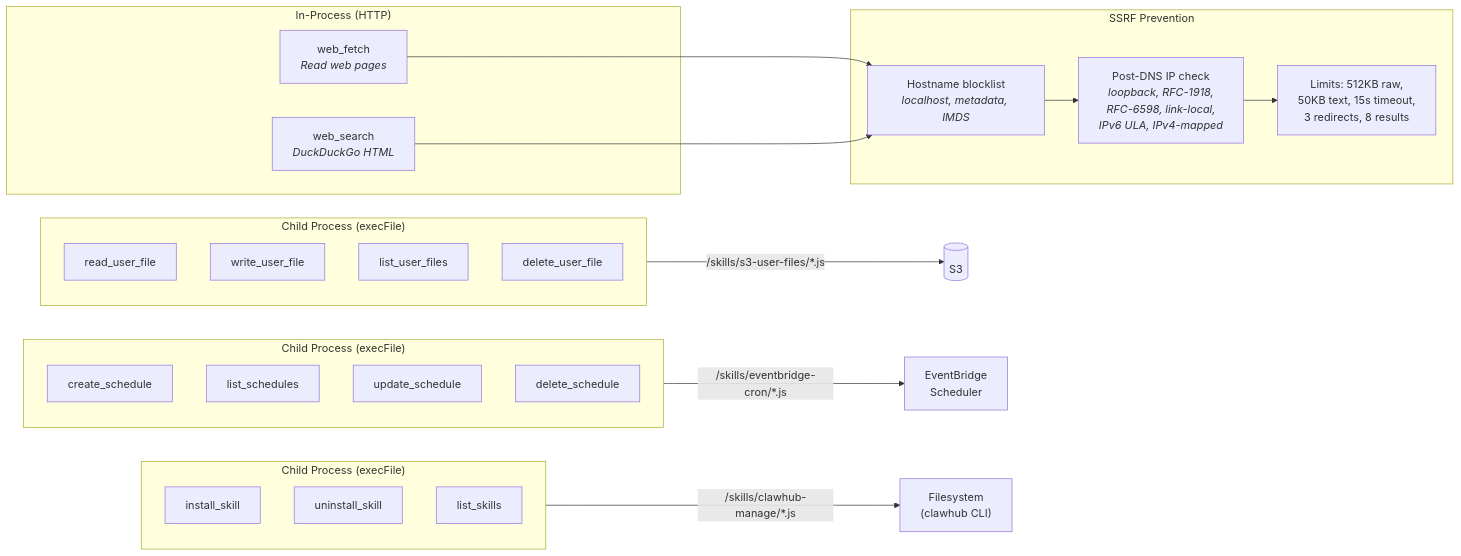
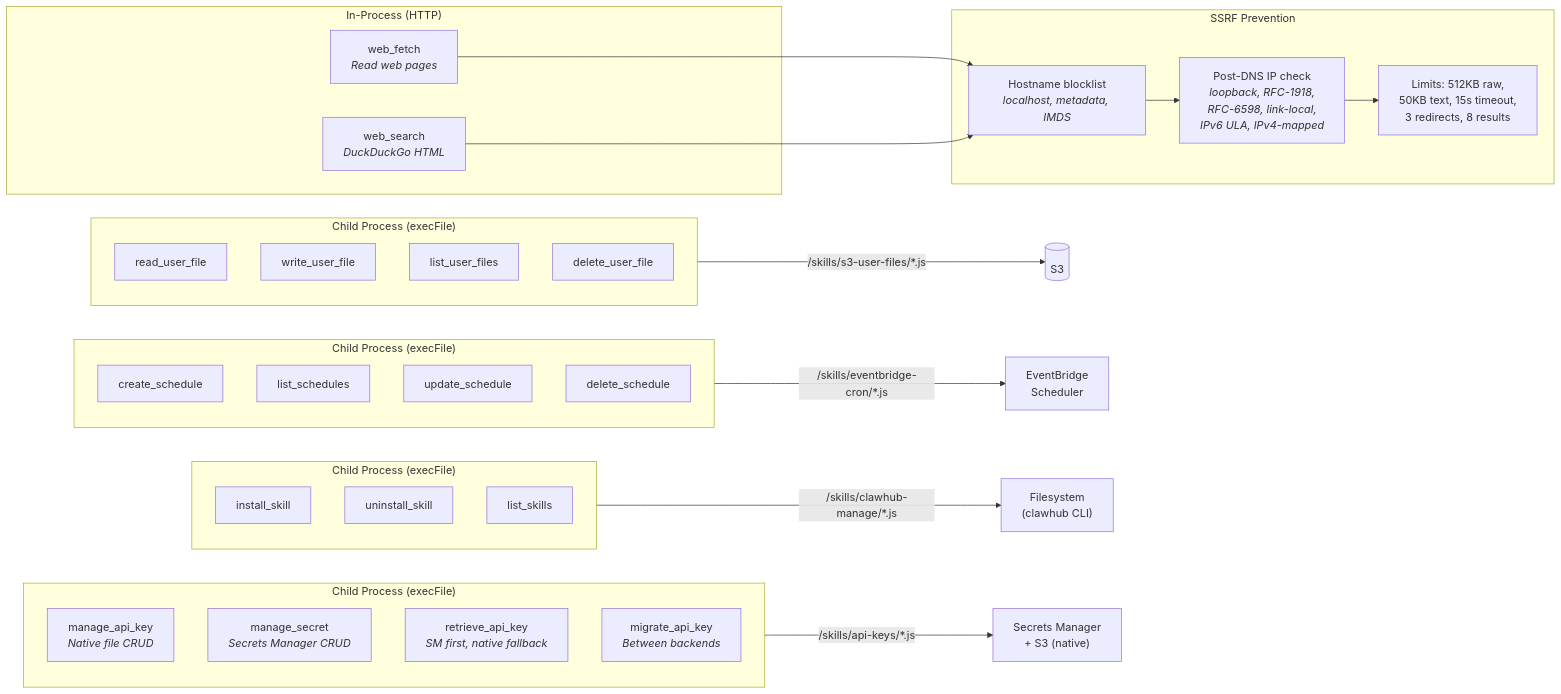
One commit to aws-samples/sample-host-openclaw-on-amazon-bedrock-agentcore changed the sixth of 7 diagrams in docs/architecture-detailed.md. Above: the diagram before and after it, drawn with Mermaid. The commit also changed other lines of this file and 3 other files, not shown here.

First line of the commit message:
docs: add API key management feature, consolidate security docs

````diff
--- a/docs/architecture-detailed.md
+++ b/docs/architecture-detailed.md
@@ -195,38 +195,46 @@
 ```mermaid
 flowchart LR
     subgraph WebTools["In-Process (HTTP)"]
         WF["web_fetch<br/><i>Read web pages</i>"]
         WS["web_search<br/><i>DuckDuckGo HTML</i>"]
     end
 
     subgraph FileTools["Child Process (execFile)"]
         RF["read_user_file"]
         WUF["write_user_file"]
         LF["list_user_files"]
         DF["delete_user_file"]
     end
 
     subgraph CronTools["Child Process (execFile)"]
         CS["create_schedule"]
         LS["list_schedules"]
         US["update_schedule"]
         DS["delete_schedule"]
     end
 
     subgraph SkillTools["Child Process (execFile)"]
         IS["install_skill"]
         UNS["uninstall_skill"]
         LSK["list_skills"]
     end
 
+    subgraph ApiKeyTools["Child Process (execFile)"]
+        MAK["manage_api_key<br/><i>Native file CRUD</i>"]
+        MS["manage_secret<br/><i>Secrets Manager CRUD</i>"]
+        RAK["retrieve_api_key<br/><i>SM first, native fallback</i>"]
+        MIG["migrate_api_key<br/><i>Between backends</i>"]
+    end
+
     subgraph SSRF["SSRF Prevention"]
         BL["Hostname blocklist<br/><i>localhost, metadata, IMDS</i>"]
         DNS["Post-DNS IP check<br/><i>loopback, RFC-1918,<br/>RFC-6598, link-local,<br/>IPv6 ULA, IPv4-mapped</i>"]
         LIM["Limits: 512KB raw,<br/>50KB text, 15s timeout,<br/>3 redirects, 8 results"]
     end
 
     WF & WS --> BL --> DNS --> LIM
     FileTools -->|"/skills/s3-user-files/*.js"| S3[("S3")]
     CronTools -->|"/skills/eventbridge-cron/*.js"| EB["EventBridge<br/>Scheduler"]
     SkillTools -->|"/skills/clawhub-manage/*.js"| DISK["Filesystem<br/>(clawhub CLI)"]
+    ApiKeyTools -->|"/skills/api-keys/*.js"| SM["Secrets Manager<br/>+ S3 (native)"]
 ```
````
